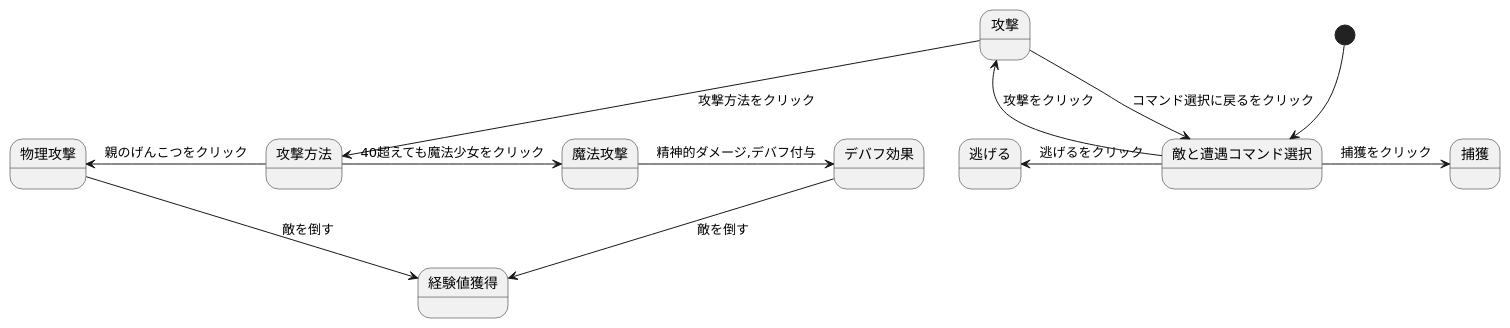
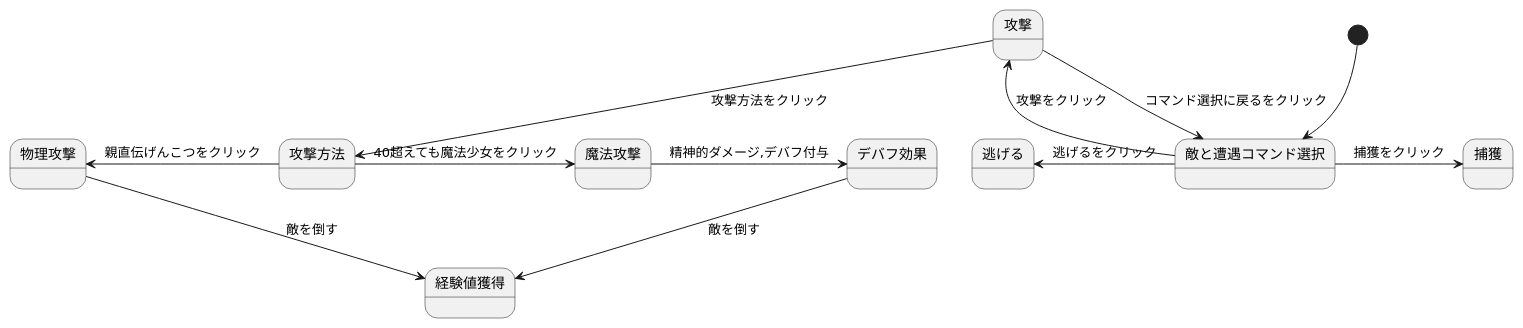
Before and after one commit to Aso2001196/2021sys-design: the diagram in stm01.md, drawn with PlantUML.

````diff
--- a/stm01.md
+++ b/stm01.md
@@ -1,15 +1,15 @@
 ```uml
 @startuml
 [*]--> 敵と遭遇コマンド選択
 敵と遭遇コマンド選択 -> 捕獲 : 捕獲をクリック
 敵と遭遇コマンド選択-left-> 逃げる : 逃げるをクリック
 敵と遭遇コマンド選択--> 攻撃 : 攻撃をクリック
 攻撃 --> 攻撃方法 : 攻撃方法をクリック
 攻撃 --> 敵と遭遇コマンド選択: コマンド選択に戻るをクリック
-攻撃方法 -left-> 物理攻撃 : 親のげんこつをクリック
+攻撃方法 -left-> 物理攻撃 : 親直伝げんこつをクリック
 物理攻撃 -> 経験値獲得 : 敵を倒す
 攻撃方法 -> 魔法攻撃 : 40超えても魔法少女をクリック
 魔法攻撃 -> デバフ効果 : 精神的ダメージ,デバフ付与
 デバフ効果 -down-> 経験値獲得 :敵を倒す
 @enduml
 ```
````
